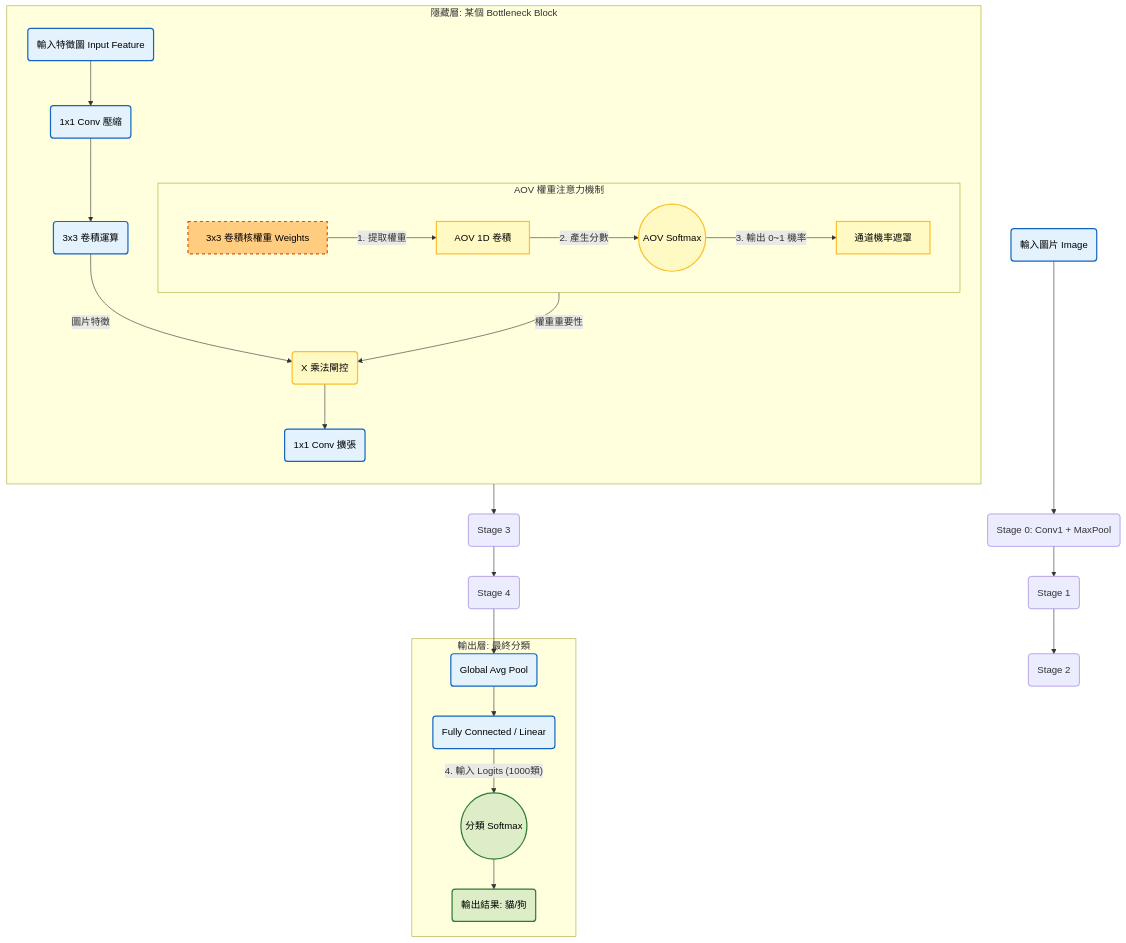
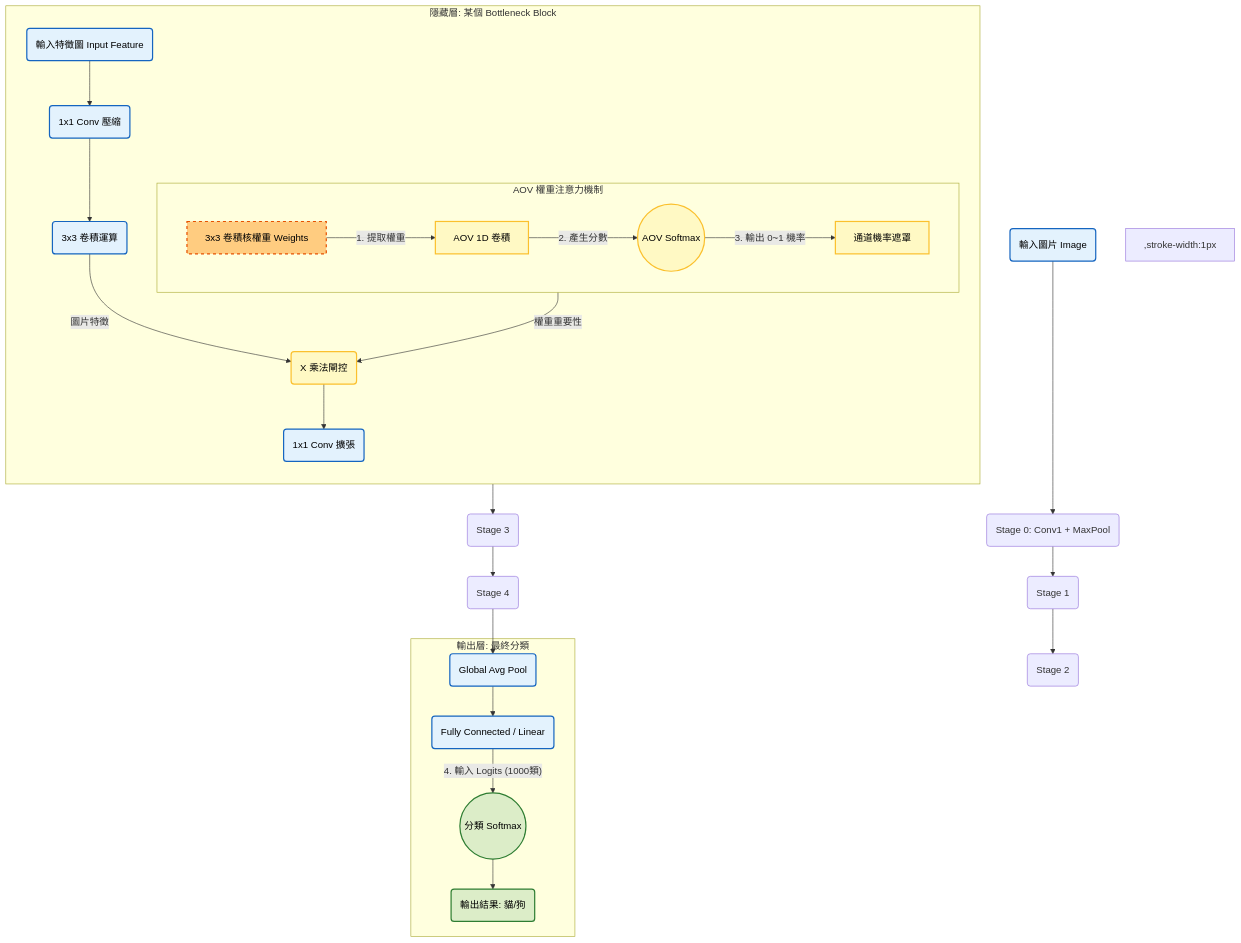
Before and after one commit to weifoe/vitis: diagram 31 of 32 in Car.md, drawn with Mermaid. The commit also changed other lines of this file, not shown here.

````diff
--- a/Car.md
+++ b/Car.md
@@ -1673,67 +1673,70 @@
 ```mermaid
 graph TD
     %% 定義樣式
     classDef standard fill:#e3f2fd,stroke:#1565c0,stroke-width:2px,color:black;
     classDef weights fill:#ffcc80,stroke:#e65100,stroke-width:2px,stroke-dasharray: 5 5,color:black;
     classDef aov fill:#fff9c4,stroke:#fbc02d,stroke-width:2px,color:black;
     classDef final fill:#dcedc8,stroke:#2e7d32,stroke-width:2px,color:black;
 
     Input(輸入圖片 Image):::standard --> Stem(Stage 0: Conv1 + MaxPool)
     Stem --> Stage1(Stage 1)
     Stage1 --> Stage2(Stage 2)
     
     %% --- 重點區域：隱藏層中的 AOV Softmax ---
     subgraph Bottleneck_Block [隱藏層: 某個 Bottleneck Block]
         direction TB
         
         %% 主線數據流
         Input_Feat(輸入特徵圖 Input Feature):::standard
         Conv1x1_A(1x1 Conv 壓縮):::standard
         Conv3x3_Op(3x3 卷積運算):::standard
         Conv1x1_B(1x1 Conv 擴張):::standard
         
         %% AOV 支線 (你的加速核心)
         subgraph AOV_Mechanism [AOV 權重注意力機制]
             direction LR
             Weight_Node[3x3 卷積核權重 Weights]:::weights
             AOV_Conv[AOV 1D 卷積]:::aov
             Inter_Softmax((AOV Softmax)):::aov
             Gating_Probs[通道機率遮罩]:::aov
         end
         
         %% AOV 連線邏輯
         Input_Feat --> Conv1x1_A
         Conv1x1_A --> Conv3x3_Op
         
         %% 關鍵：AOV 的輸入來源是「權重」，不是圖片
         Weight_Node --1. 提取權重--> AOV_Conv
         AOV_Conv --2. 產生分數--> Inter_Softmax
         Inter_Softmax --3. 輸出 0~1 機率--> Gating_Probs
         
         %% 關鍵：匯合點
         Conv3x3_Op --圖片特徵--> Multiplier(X 乘法閘控):::aov
         Gating_Probs --權重重要性--> Multiplier
         
         Multiplier --> Conv1x1_B
     end
     
     Conv1x1_B --> Stage3(Stage 3)
     Stage3 --> Stage4(Stage 4)
 
     %% --- 標準區域：輸出層的分類 Softmax ---
     subgraph Output_Layer [輸出層: 最終分類]
         GAP(Global Avg Pool):::standard
         FC(Fully Connected / Linear):::standard
         Final_Softmax((分類 Softmax)):::final
         Result(輸出結果: 貓/狗):::final
     end
 
     Stage4 --> GAP
     GAP --> FC
     FC --4. 輸入 Logits (1000類)--> Final_Softmax
     Final_Softmax --> Result
 
     %% 註釋連線
-    linkStyle default stroke:#333,stroke-width:1px;
+    linkStyle default stroke:#333
+
+
+,stroke-width:1px;
 
 ```
````
